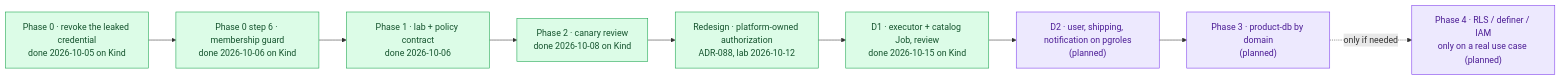
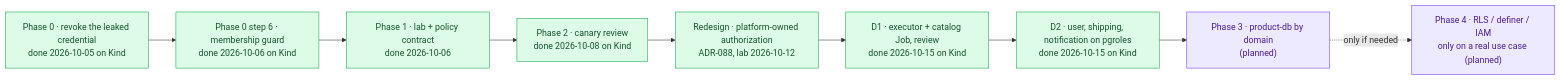
One commit to duynhlab/homelab changed the second of 2 diagrams in docs/proposals/rfc/RFC-0029/README.md. Above: the diagram before and after it, drawn with Mermaid. The commit also changed other lines of this file and 3 other files, not shown here.

````diff
--- a/docs/proposals/rfc/RFC-0029/README.md
+++ b/docs/proposals/rfc/RFC-0029/README.md
@@ -199,17 +199,17 @@
 ```mermaid
 flowchart LR
     p0["Phase 0 · revoke the leaked credential<br/>done 2026-10-05 on Kind"]:::data
     p0g["Phase 0 step 6 · membership guard<br/>done 2026-10-06 on Kind"]:::data
     p1["Phase 1 · lab + policy contract<br/>done 2026-10-06"]:::data
     p2["Phase 2 · canary review<br/>done 2026-10-08 on Kind"]:::data
     pr["Redesign · platform-owned authorization<br/>ADR-088, lab 2026-10-12"]:::data
     d1["D1 · executor + catalog Job, review<br/>done 2026-10-15 on Kind"]:::data
-    d2["D2 · user, shipping, notification on pgroles<br/>(planned)"]:::platform
+    d2["D2 · user, shipping, notification on pgroles<br/>done 2026-10-15 on Kind"]:::data
     p3["Phase 3 · product-db by domain<br/>(planned)"]:::platform
     p4["Phase 4 · RLS / definer / IAM<br/>only on a real use case (planned)"]:::platform
 
     p0 --> p0g --> p1 --> p2 --> pr --> d1 --> d2 --> p3 -. "only if needed" .-> p4
 
     classDef platform fill:#ede9fe,color:#4c1d95,stroke:#7c3aed;
     classDef data fill:#dcfce7,color:#14532d,stroke:#16a34a;
 ```
````
